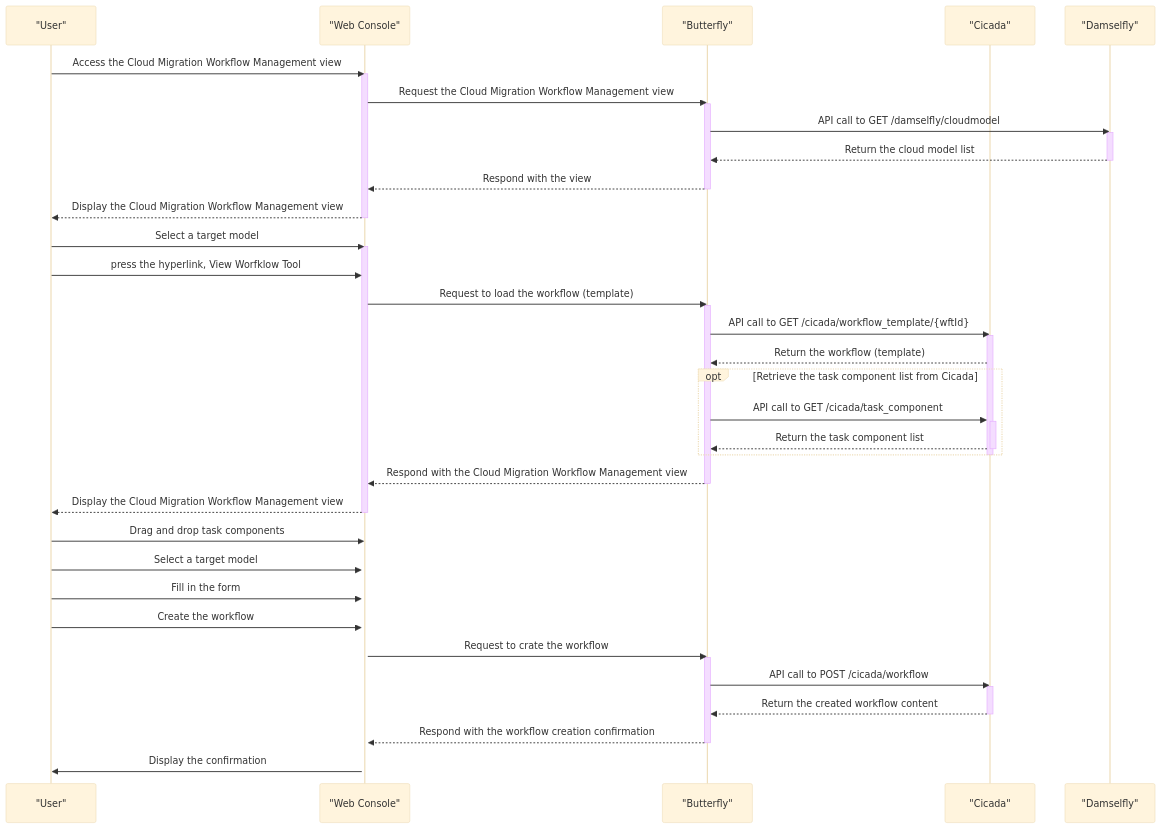
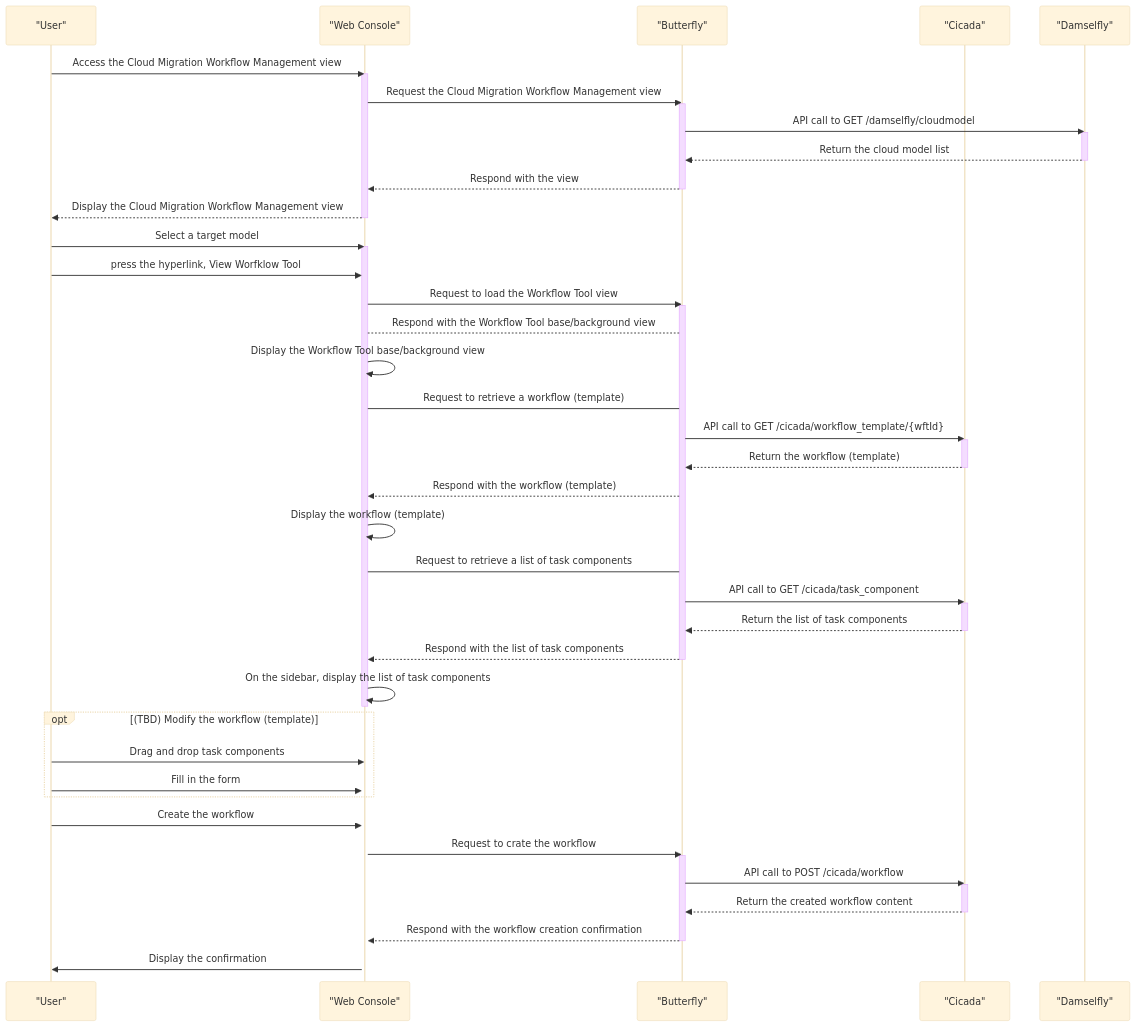
One commit to cloud-barista/cloud-migrator changed the tenth of 12 diagrams in docs/sequence-diagrams-for-user-scenarios.md. Above: the diagram before and after it, drawn with Mermaid (base theme). The commit also changed other lines of this file, not shown here.

Commit message:
Update the sequence diagrams

````diff
--- a/docs/sequence-diagrams-for-user-scenarios.md
+++ b/docs/sequence-diagrams-for-user-scenarios.md
@@ -513,65 +534,75 @@
 ```mermaid
 sequenceDiagram
     participant User as "User"
     participant Browser as "Web Console"
     participant Butterfly as "Butterfly"
     participant Cicada as "Cicada"
     participant Damselfly as "Damselfly"
 
 	%% [Steps for loading view]
-	%% User accesses a view of Cloud Migration Workflow Management
+	%% User accesses a view of Cloud Migration Workflow Management 
     User->>Browser: Access the Cloud Migration Workflow Management view
     activate Browser
     Browser->>Butterfly: Request the Cloud Migration Workflow Management view
-    activate Butterfly
-	%% Retrieve the target models (cloud model) from Damselfly
+    activate Butterfly    
+	%% Retrieve the target models (cloud model) from Damselfly        
 	Butterfly->>Damselfly: API call to GET /damselfly/cloudmodel
 	activate Damselfly
 	Damselfly-->>Butterfly: Return the cloud model list
 	deactivate Damselfly
     Butterfly-->>Browser: Respond with the view
     deactivate Butterfly
     Browser-->>User: Display the Cloud Migration Workflow Management view
     deactivate Browser
 
 	%% [Steps for processing user scenarios]
-    %% Select a target model
+    %% Select a target model 
     User->>Browser: Select a target model
-	activate Browser
+	activate Browser    
     %% Press "View Workflow Tool" and load the workflow (template)
-    User->>Browser: press the hyperlink, View Worfklow Tool
-	%% Load the workflow (template)
-    Browser->>Butterfly: Request to load the workflow (template)
+    User->>Browser: press the hyperlink, View Worfklow Tool    
+	
+	%% Access the Workflow Tool base/background view
+    Browser->>Butterfly: Request to load the Workflow Tool view
     activate Butterfly
+    Butterfly-->Browser: Respond with the Workflow Tool base/background view
+    Browser->>Browser: Display the Workflow Tool base/background view
+    
+    %% (On frontend, it's processed synchronously) Load a workflow (template) view
+    Browser->Butterfly: Request to retrieve a workflow (template)
     Butterfly->>Cicada: API call to GET /cicada/workflow_template/{wftId}
 	activate Cicada
 	Cicada-->>Butterfly: Return the workflow (template)
-	opt Retrieve the task component list from Cicada
-	    Butterfly->>Cicada: API call to GET /cicada/task_component
-	    activate Cicada
-	    Cicada-->>Butterfly: Return the task component list
-	    deactivate Cicada
-	end
 	deactivate Cicada
-    Butterfly-->>Browser: Respond with the Cloud Migration Workflow Management view
-    deactivate Butterfly
-    Browser-->>User: Display the Cloud Migration Workflow Management view
-    deactivate Browser
+    Butterfly-->>Browser: Respond with the workflow (template)
+    Browser->>Browser: Display the workflow (template)
+
+	%% (On frontend, it's processed synchronously) Load a list of task components view
+    Browser->Butterfly: Request to retrieve a list of task components	
+	Butterfly->>Cicada: API call to GET /cicada/task_component
+	activate Cicada
+	Cicada-->>Butterfly: Return the list of task components
+	deactivate Cicada
+	Butterfly-->>Browser: Respond with the list of task components
+	Deactivate Butterfly
+    Browser->>Browser: On the sidebar, display the list of task components 
+    Deactivate Browser    
 
     %% Make/create a workflow
-    User->>Browser: Drag and drop task components
-    activate Browser
-    User->>Browser: Select a target model
-    User->>Browser: Fill in the form
+    opt (TBD) Modify the workflow (template)
+	    User->>Browser: Drag and drop task components
+	    activate Browser    
+	    User->>Browser: Fill in the form
+	end
     User->>Browser: Create the workflow
     Browser->>Butterfly: Request to crate the workflow
     activate Butterfly
     Butterfly->>Cicada: API call to POST /cicada/workflow
     activate Cicada
     Cicada-->>Butterfly: Return the created workflow content
     deactivate Cicada
     Butterfly-->>Browser: Respond with the workflow creation confirmation
     deactivate Butterfly
-    Browser->>User: Display the confirmation
+    Browser->>User: Display the confirmation    
 
 ```
````
